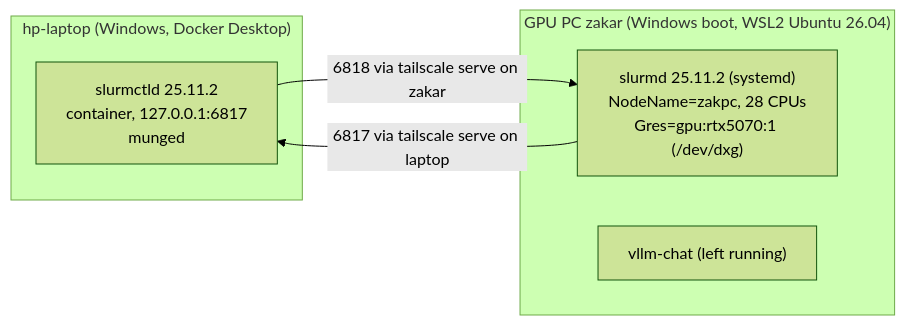
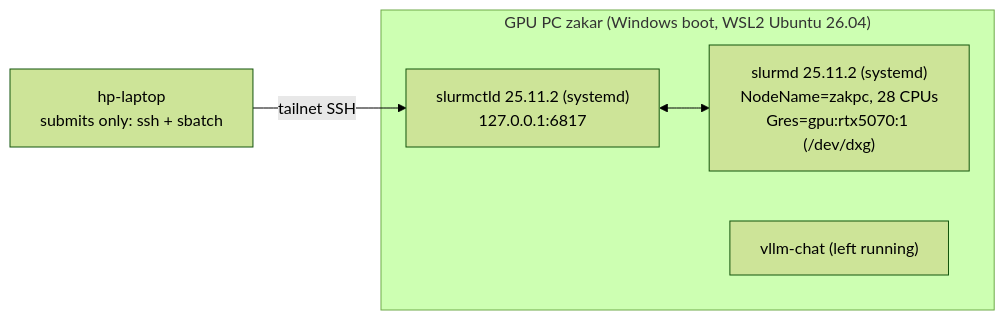
One commit to zakiscoding/gpu-systems-lab changed the diagram in scheduling/slurm/README.md. Above: the diagram before and after it, drawn with Mermaid (forest theme). The commit also changed other lines of this file and 1 other file, not shown here.

First line of the commit message:
Host the Slurm controller on the GPU PC, not the laptop

````diff
--- a/scheduling/slurm/README.md
+++ b/scheduling/slurm/README.md
@@ -12,12 +24,11 @@
 ```mermaid
 flowchart LR
-    subgraph Laptop["hp-laptop (Windows, Docker Desktop)"]
-        C["slurmctld 25.11.2<br/>container, 127.0.0.1:6817<br/>munged"]
-    end
+    L["hp-laptop<br/>submits only: ssh + sbatch"]
     subgraph PC["GPU PC zakar (Windows boot, WSL2 Ubuntu 26.04)"]
+        C["slurmctld 25.11.2 (systemd)<br/>127.0.0.1:6817"]
         D["slurmd 25.11.2 (systemd)<br/>NodeName=zakpc, 28 CPUs<br/>Gres=gpu:rtx5070:1 (/dev/dxg)"]
         V["vllm-chat (left running)"]
+        C <--> D
     end
-    C -- "6818 via tailscale serve on zakar" --> D
-    D -- "6817 via tailscale serve on laptop" --> C
+    L -- "tailnet SSH" --> C
 ```
````
